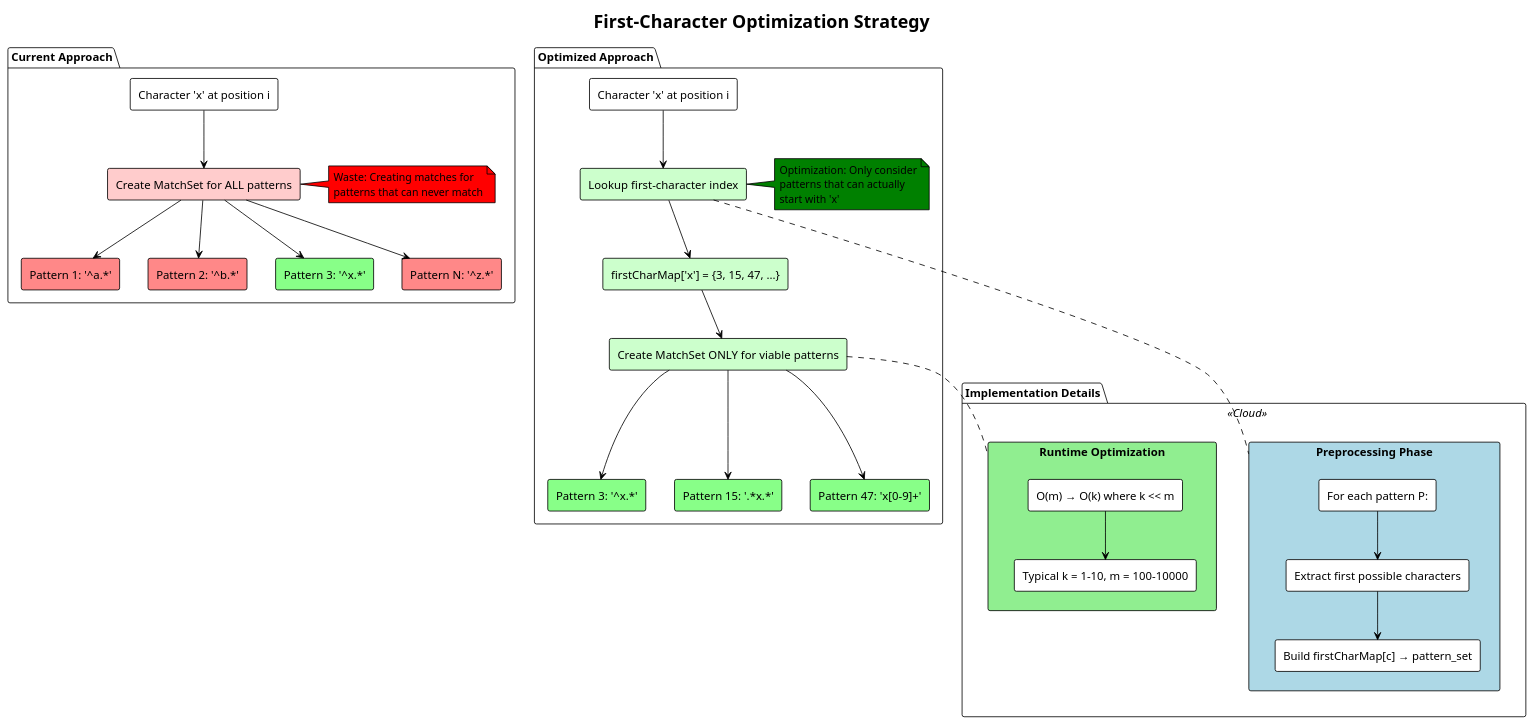
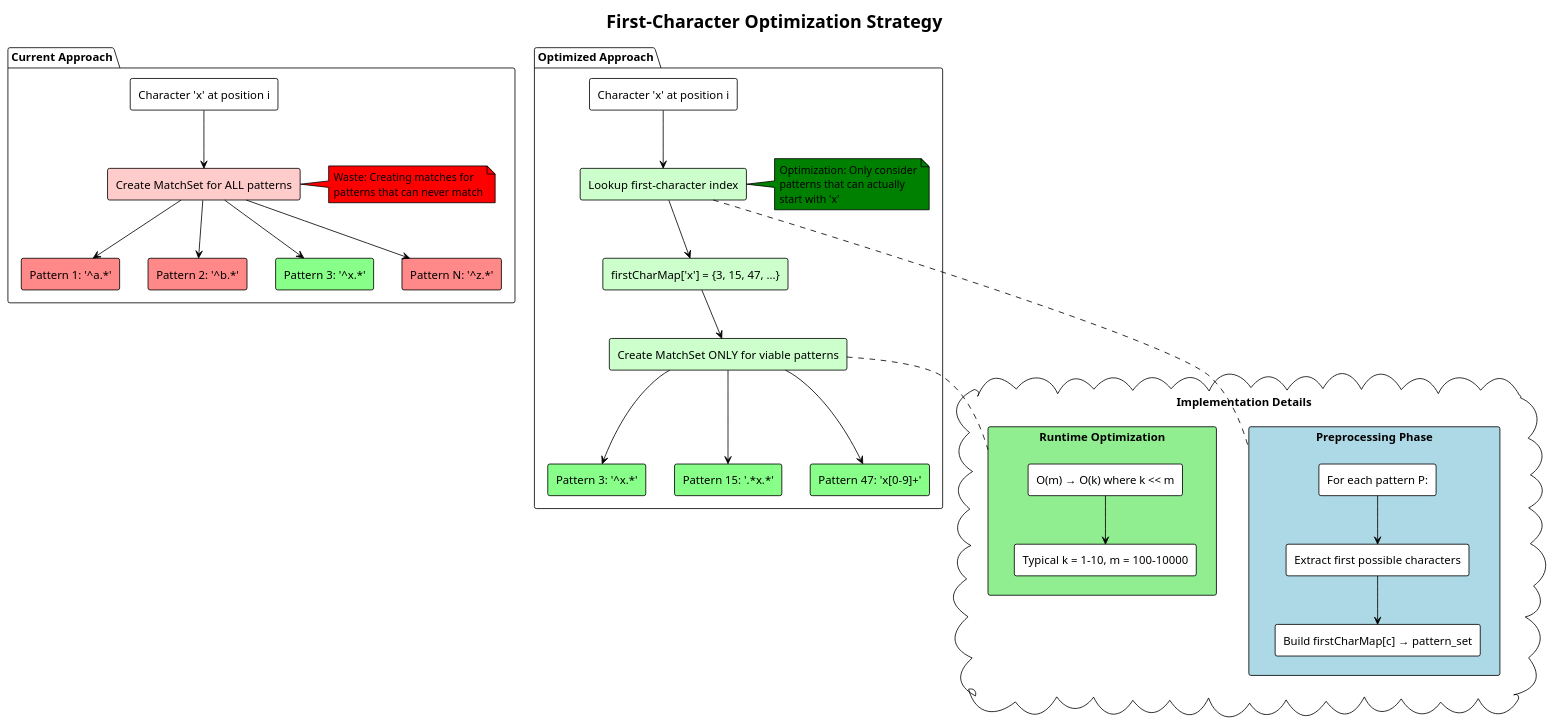
Before and after one commit to la3lma/rmatch: the diagram in analysis/plantuml/first-char-optimization.puml, drawn with PlantUML. The commit also changed 5 other files, not shown here.

Commit message:
Nicer diagrams (moe consistent clouds)

```diff
--- a/analysis/plantuml/first-char-optimization.puml
+++ b/analysis/plantuml/first-char-optimization.puml
@@ -1,68 +1,68 @@
 @startuml
 !theme plain
 title First-Character Optimization Strategy
 
 package "Current Approach" {
   rectangle "Character 'x' at position i" as char1
   rectangle "Create MatchSet for ALL patterns" as all1 #ffcccc
   rectangle "Pattern 1: '^a.*'" as p1_1 #ff8888
   rectangle "Pattern 2: '^b.*'" as p2_1 #ff8888
   rectangle "Pattern 3: '^x.*'" as p3_1 #88ff88
   rectangle "Pattern N: '^z.*'" as pn_1 #ff8888
   
   char1 --> all1
   all1 --> p1_1
   all1 --> p2_1
   all1 --> p3_1
   all1 --> pn_1
   
   note right of all1 #red
     Waste: Creating matches for
     patterns that can never match
     'x' at this position
   end note
 }
 
 package "Optimized Approach" {
   rectangle "Character 'x' at position i" as char2
   rectangle "Lookup first-character index" as lookup #ccffcc
   rectangle "firstCharMap['x'] = {3, 15, 47, ...}" as map #ccffcc
   rectangle "Create MatchSet ONLY for viable patterns" as viable #ccffcc
   rectangle "Pattern 3: '^x.*'" as p3_2 #88ff88
   rectangle "Pattern 15: '.*x.*'" as p15_2 #88ff88
   rectangle "Pattern 47: 'x[0-9]+'" as p47_2 #88ff88
   
   char2 --> lookup
   lookup --> map
   map --> viable
   viable --> p3_2
   viable --> p15_2
   viable --> p47_2
   
   note right of lookup #green
     Optimization: Only consider
     patterns that can actually
     start with 'x'
   end note
 }
 
-package "Implementation Details" <<Cloud>> {
+cloud "Implementation Details" as impldetails {
   rectangle "Preprocessing Phase" as prep #lightblue {
     rectangle "For each pattern P:" as foreach
     rectangle "Extract first possible characters" as extract
     rectangle "Build firstCharMap[c] → pattern_set" as build
     foreach --> extract
     extract --> build
   }
   
   rectangle "Runtime Optimization" as runtime #lightgreen {
     rectangle "O(m) → O(k) where k << m" as complexity
     rectangle "Typical k = 1-10, m = 100-10000" as typical
     complexity --> typical
   }
 }
 
 lookup .. prep
 viable .. runtime
 
 @enduml
```
